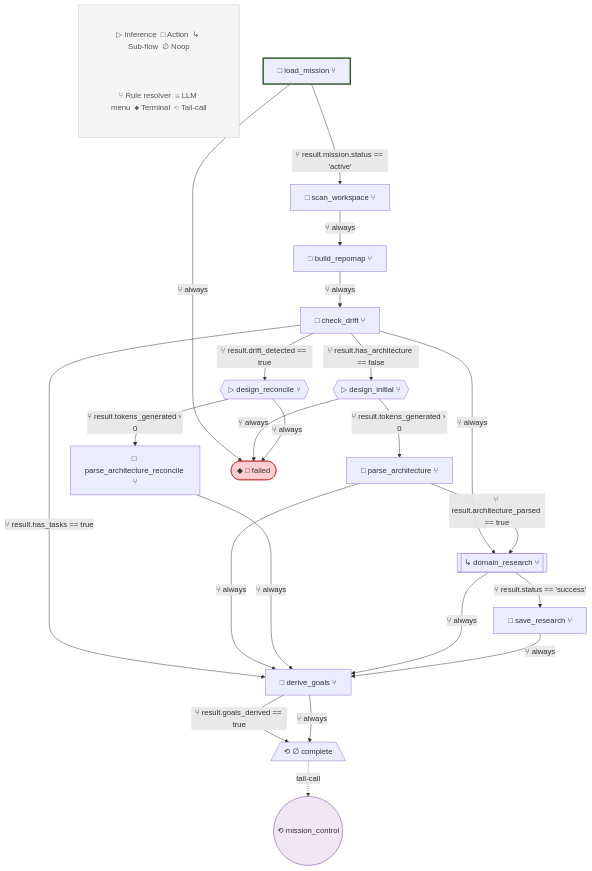
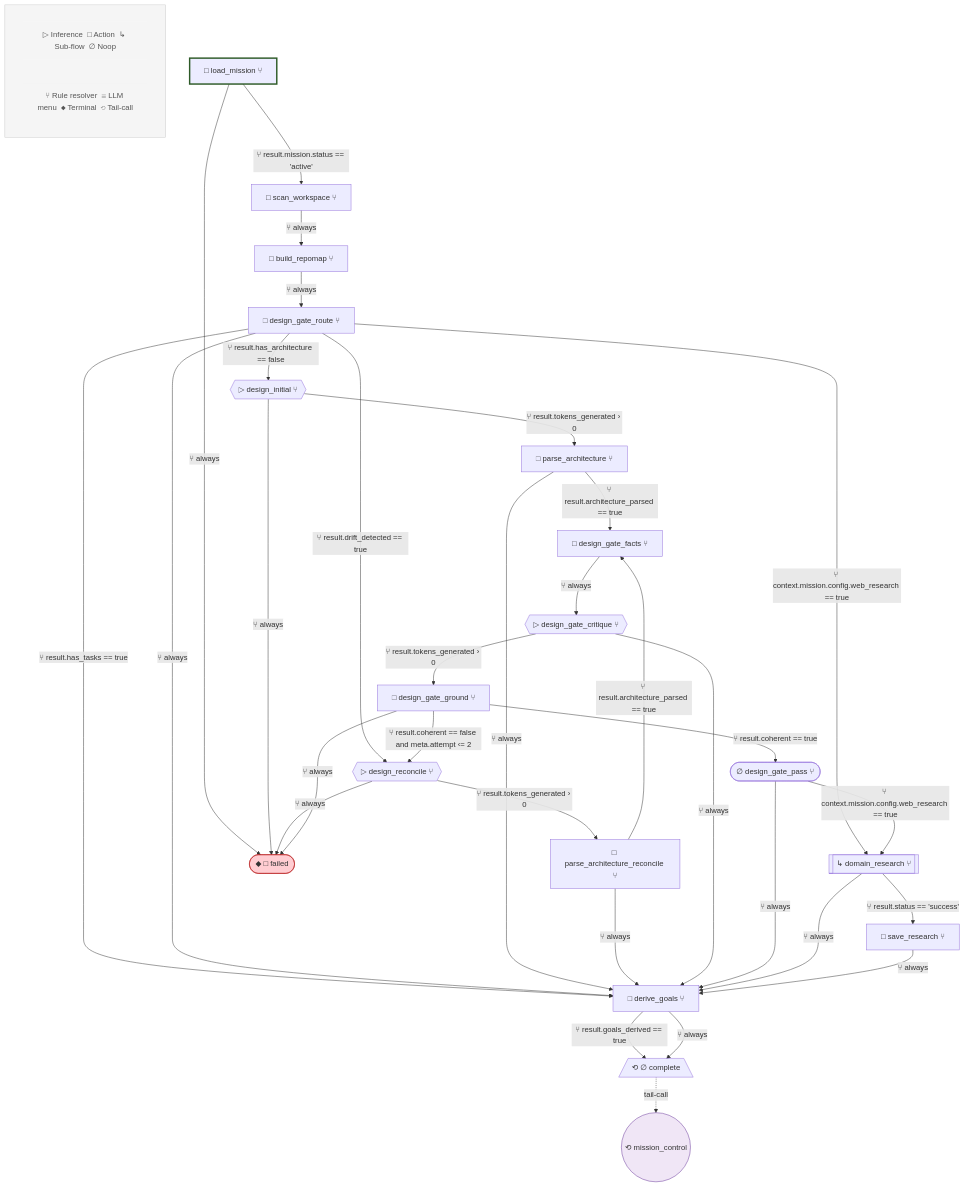
Before and after one commit to lah-rb/ouroboros: the third of 40 diagrams in blueprint.md, drawn with Mermaid. The commit also changed other lines of this file and 2 other files, not shown here.

````diff
--- a/blueprint.md
+++ b/blueprint.md
@@ -306,54 +397,68 @@
 ```mermaid
 flowchart TD
     %% design_and_plan v5
 
     subgraph Legend[" "]
         L1["▷ Inference  □ Action  ↳ Sub-flow  ∅ Noop"]
         L2["⑂ Rule resolver  ☰ LLM menu  ◆ Terminal  ⟲ Tail-call"]
     end
     style Legend fill:#f5f5f5,stroke:#ccc,stroke-width:1px
     style L1 fill:#f5f5f5,stroke:none,color:#555
     style L2 fill:#f5f5f5,stroke:none,color:#555
 
     load_mission["□ load_mission ⑂"]
     scan_workspace["□ scan_workspace ⑂"]
     build_repomap["□ build_repomap ⑂"]
-    check_drift["□ check_drift ⑂"]
+    design_gate_route["□ design_gate_route ⑂"]
     design_initial{{"▷ design_initial ⑂"}}
     design_reconcile{{"▷ design_reconcile ⑂"}}
     parse_architecture["□ parse_architecture ⑂"]
     parse_architecture_reconcile["□ parse_architecture_reconcile ⑂"]
+    design_gate_facts["□ design_gate_facts ⑂"]
+    design_gate_critique{{"▷ design_gate_critique ⑂"}}
+    design_gate_ground["□ design_gate_ground ⑂"]
+    design_gate_pass(["∅ design_gate_pass ⑂"])
     domain_research[["↳ domain_research ⑂"]]
     save_research["□ save_research ⑂"]
     derive_goals["□ derive_goals ⑂"]
     complete[/"⟲ ∅ complete"\]
     failed(["◆ □ failed"])
 
     style load_mission stroke-width:3px,stroke:#2d5a27
 
     load_mission -->|⑂ result.mission.status == 'active'| scan_workspace
     load_mission -->|⑂ always| failed
     scan_workspace -->|⑂ always| build_repomap
-    build_repomap -->|⑂ always| check_drift
-    check_drift -->|⑂ result.has_architecture == false| design_initial
-    check_drift -->|⑂ result.drift_detected == true| design_reconcile
-    check_drift -->|⑂ result.has_tasks == true| derive_goals
-    check_drift -->|⑂ always| domain_research
+    build_repomap -->|⑂ always| design_gate_route
+    design_gate_route -->|⑂ result.has_architecture == false| design_initial
+    design_gate_route -->|⑂ result.drift_detected == true| design_reconcile
+    design_gate_route -->|⑂ result.has_tasks == true| derive_goals
+    design_gate_route -->|⑂ context.mission.config.web_research == true| domain_research
+    design_gate_route -->|⑂ always| derive_goals
     design_initial -->|⑂ result.tokens_generated › 0| parse_architecture
     design_initial -->|⑂ always| failed
     design_reconcile -->|⑂ result.tokens_generated › 0| parse_architecture_reconcile
     design_reconcile -->|⑂ always| failed
-    parse_architecture -->|⑂ result.architecture_parsed == true| domain_research
+    parse_architecture -->|⑂ result.architecture_parsed == true| design_gate_facts
     parse_architecture -->|⑂ always| derive_goals
+    parse_architecture_reconcile -->|⑂ result.architecture_parsed == true| design_gate_facts
     parse_architecture_reconcile -->|⑂ always| derive_goals
+    design_gate_facts -->|⑂ always| design_gate_critique
+    design_gate_critique -->|⑂ result.tokens_generated › 0| design_gate_ground
+    design_gate_critique -->|⑂ always| derive_goals
+    design_gate_ground -->|⑂ result.coherent == true| design_gate_pass
+    design_gate_ground -->|⑂ result.coherent == false and meta.attempt ‹= 2| design_reconcile
+    design_gate_ground -->|⑂ always| failed
+    design_gate_pass -->|⑂ context.mission.config.web_research == true| domain_research
+    design_gate_pass -->|⑂ always| derive_goals
     domain_research -->|⑂ result.status == 'success'| save_research
     domain_research -->|⑂ always| derive_goals
     save_research -->|⑂ always| derive_goals
     derive_goals -->|⑂ result.goals_derived == true| complete
     derive_goals -->|⑂ always| complete
     tc_complete(("⟲ mission_control"))
     style tc_complete fill:#f0e6f6,stroke:#663399
     complete -.->|tail-call| tc_complete
 
     style failed fill:#ffcdd2,stroke:#b71c1c
 ```
````
